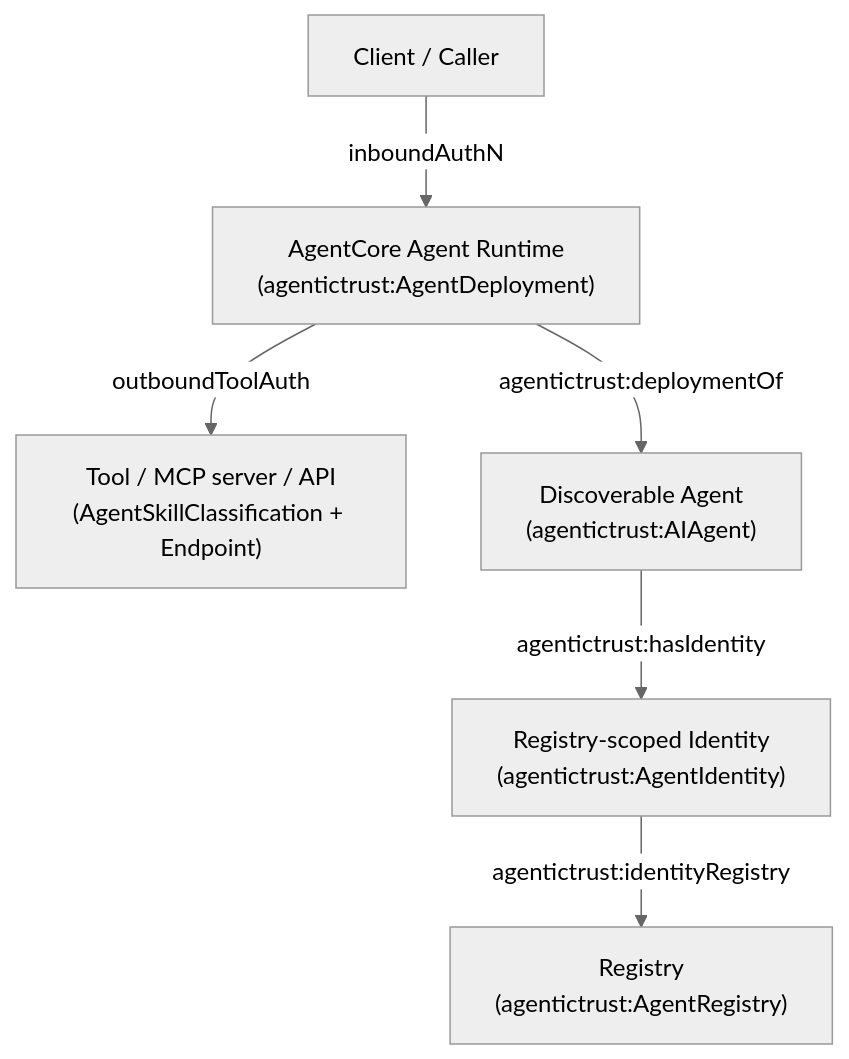
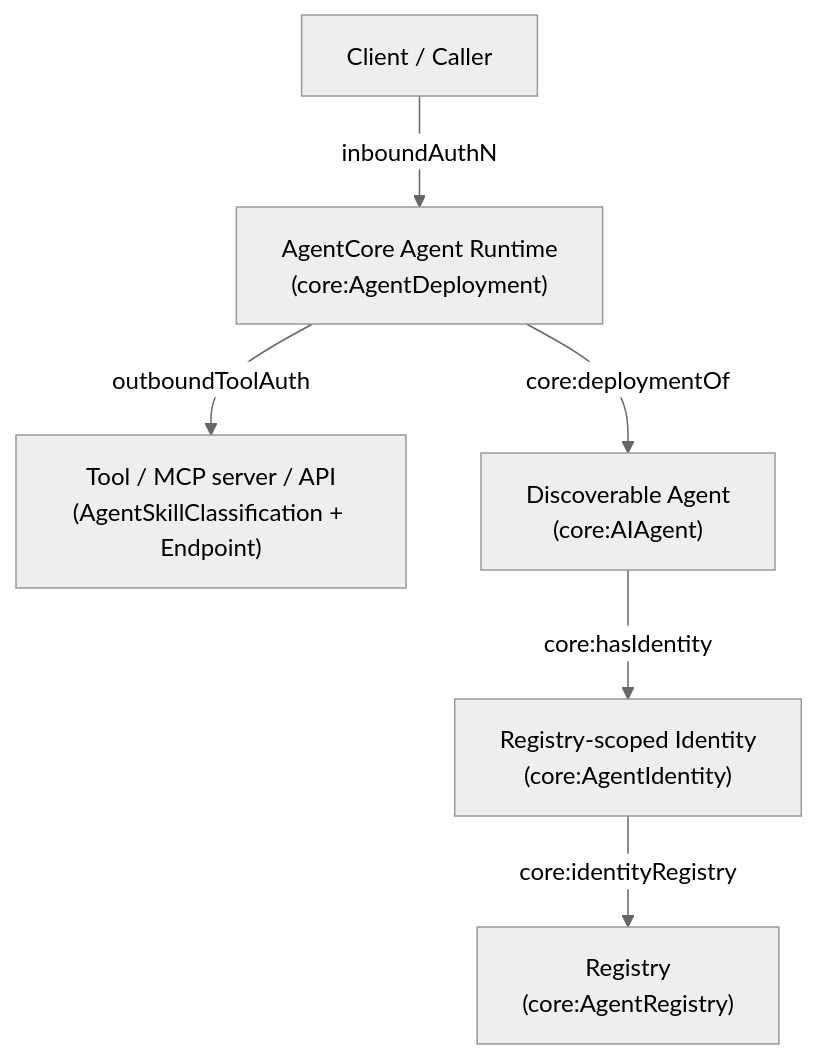
Before and after one commit to Agentic-Trust-Layer/agent-explorer: the diagram in docs/ontology/amazon-agentcore.md, drawn with Mermaid (neutral theme). The commit also changed other lines of this file and 49 other files, not shown here.

````diff
--- a/docs/ontology/amazon-agentcore.md
+++ b/docs/ontology/amazon-agentcore.md
@@ -209,17 +209,17 @@
 ```mermaid
 graph TB
   Client["Client / Caller"]
-  Deploy["AgentCore Agent Runtime\n(agentictrust:AgentDeployment)"]
+  Deploy["AgentCore Agent Runtime\n(core:AgentDeployment)"]
   Tool["Tool / MCP server / API\n(AgentSkillClassification + Endpoint)"]
 
-  Agent["Discoverable Agent\n(agentictrust:AIAgent)"]
-  Identity["Registry-scoped Identity\n(agentictrust:AgentIdentity)"]
-  Registry["Registry\n(agentictrust:AgentRegistry)"]
+  Agent["Discoverable Agent\n(core:AIAgent)"]
+  Identity["Registry-scoped Identity\n(core:AgentIdentity)"]
+  Registry["Registry\n(core:AgentRegistry)"]
 
   Client -->|inboundAuthN| Deploy
   Deploy -->|outboundToolAuth| Tool
 
-  Deploy -->|agentictrust:deploymentOf| Agent
-  Agent -->|agentictrust:hasIdentity| Identity
-  Identity -->|agentictrust:identityRegistry| Registry
+  Deploy -->|core:deploymentOf| Agent
+  Agent -->|core:hasIdentity| Identity
+  Identity -->|core:identityRegistry| Registry
 ```
````
